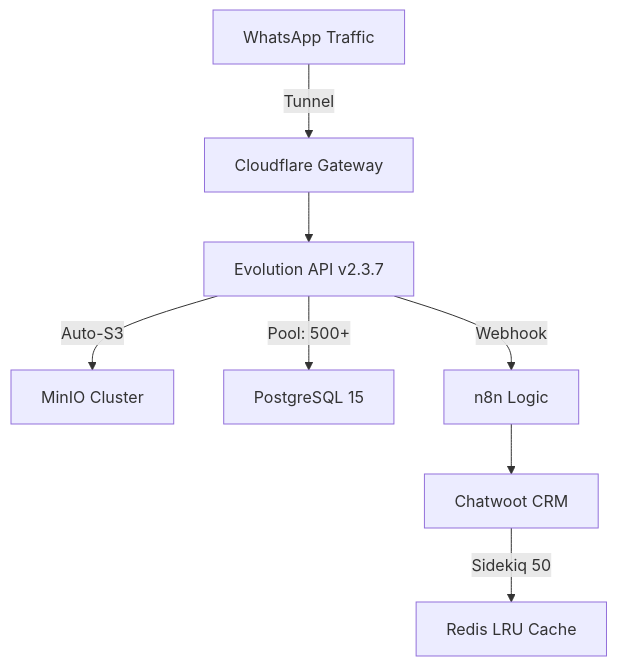
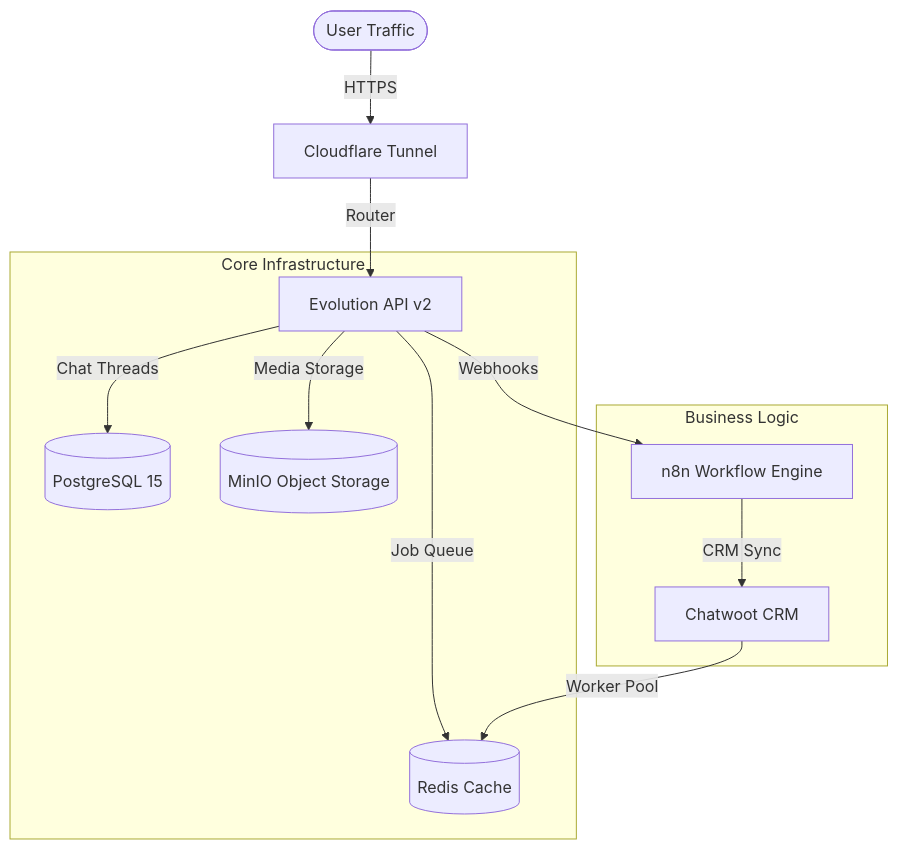
One commit to HackUN09/chatbot-stack changed the diagram in README.md. Above: the diagram before and after it, drawn with Mermaid. The commit also changed other lines of this file and 4 other files, not shown here.

````diff
--- a/README.md
+++ b/README.md
@@ -12,10 +14,17 @@
 ```mermaid
 graph TD
-    A[WhatsApp Traffic] -->|Tunnel| B[Cloudflare Gateway]
-    B --> C[Evolution API v2.3.7]
-    C -->|Auto-S3| E[MinIO Cluster]
-    C -->|Pool: 500+| F[PostgreSQL 15]
-    C -->|Webhook| D[n8n Logic]
-    D --> G[Chatwoot CRM]
-    G -->|Sidekiq 50| I[Redis LRU Cache]
+    User([User Traffic]) -->|HTTPS| CF[Cloudflare Tunnel]
+    CF -->|Router| API[Evolution API v2]
+    
+    subgraph "Core Infrastructure"
+        API -->|Chat Threads| PG[(PostgreSQL 15)]
+        API -->|Job Queue| RD[(Redis Cache)]
+        API -->|Media Storage| S3[(MinIO Object Storage)]
+    end
+    
+    subgraph "Business Logic"
+        API -->|Webhooks| N8N[n8n Workflow Engine]
+        N8N -->|CRM Sync| CW[Chatwoot CRM]
+        CW -->|Worker Pool| RD
+    end
 ```
````
